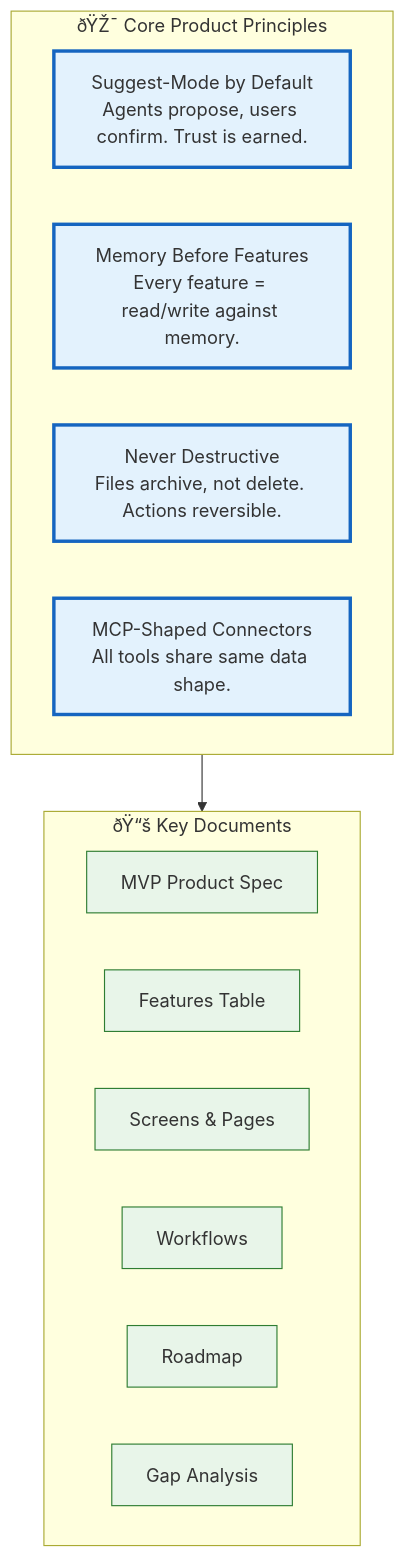
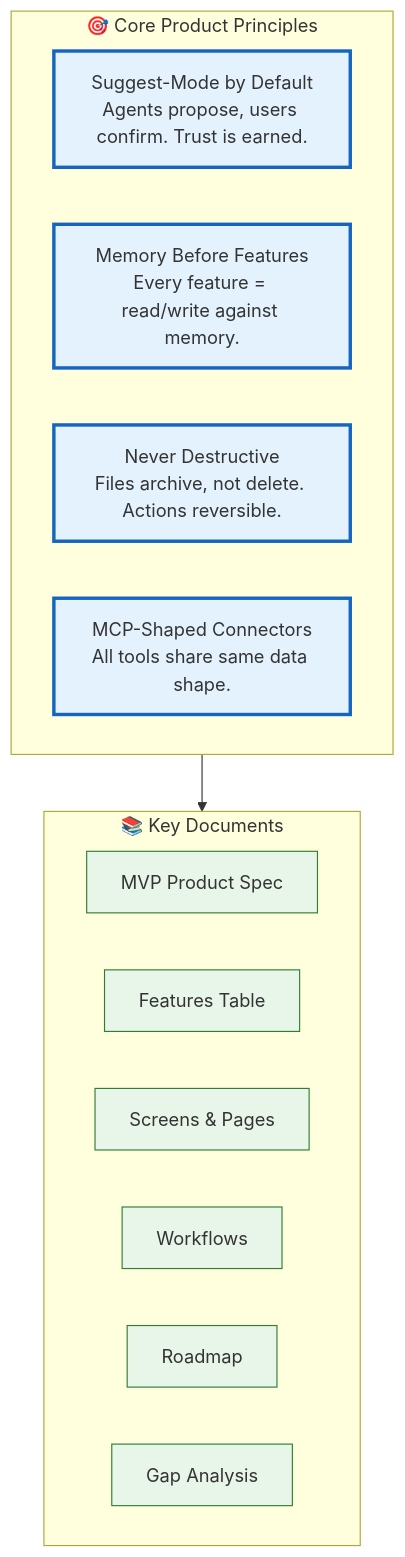
One commit to Driftloom/Vaeloom changed the diagram in Docs/Product/README.md. Above: the diagram before and after it, drawn with Mermaid. The commit also changed other lines of this file and 31 other files, not shown here.

Commit message:
docs(product): add PRD, roadmap, user-stories, personas, specs, and strategy

````diff
--- a/Docs/Product/README.md
+++ b/Docs/Product/README.md
@@ -27,26 +27,26 @@
 ```mermaid
 graph TD
-    subgraph Principles["ðŸŽ¯ Core Product Principles"]
+    subgraph Principles["🎯 Core Product Principles"]
         P1["Suggest-Mode by Default<br/>Agents propose, users confirm. Trust is earned."]
         P2["Memory Before Features<br/>Every feature = read/write against memory."]
         P3["Never Destructive<br/>Files archive, not delete. Actions reversible."]
         P4["MCP-Shaped Connectors<br/>All tools share same data shape."]
     end
 
-    subgraph Docs["ðŸ“š Key Documents"]
+    subgraph Docs["📚 Key Documents"]
         D1["MVP Product Spec"]
         D2["Features Table"]
         D3["Screens & Pages"]
         D4["Workflows"]
         D5["Roadmap"]
         D6["Gap Analysis"]
     end
 
     Principles --> Docs
 
     classDef principles fill:#e3f2fd,stroke:#1565c0,stroke-width:3px
     classDef docs fill:#e8f5e9,stroke:#2e7d32
 
     class P1,P2,P3,P4 principles
     class D1,D2,D3,D4,D5,D6 docs
 ```
````
